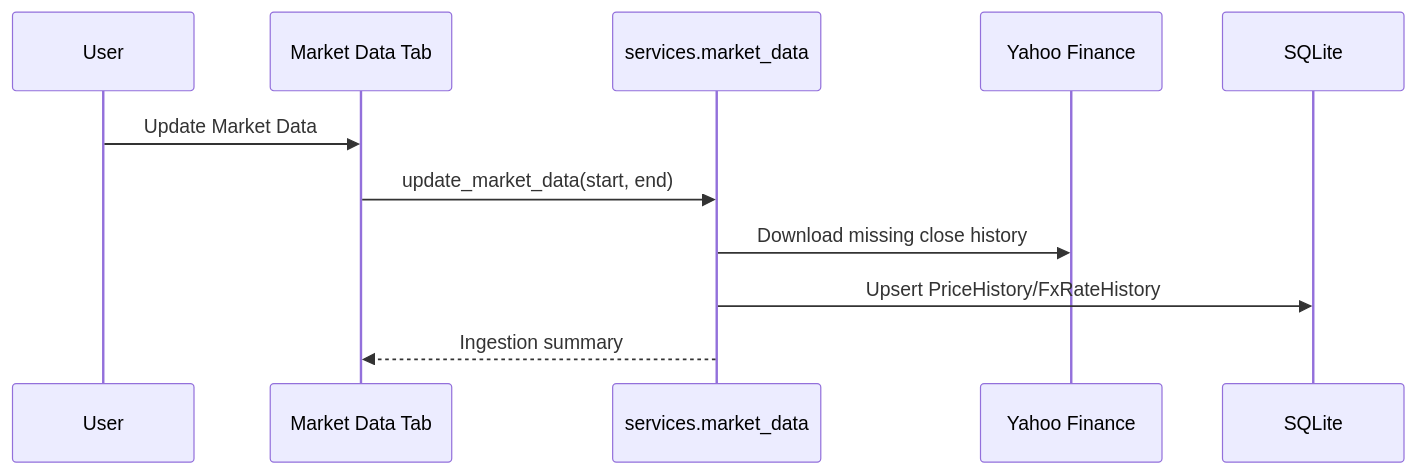
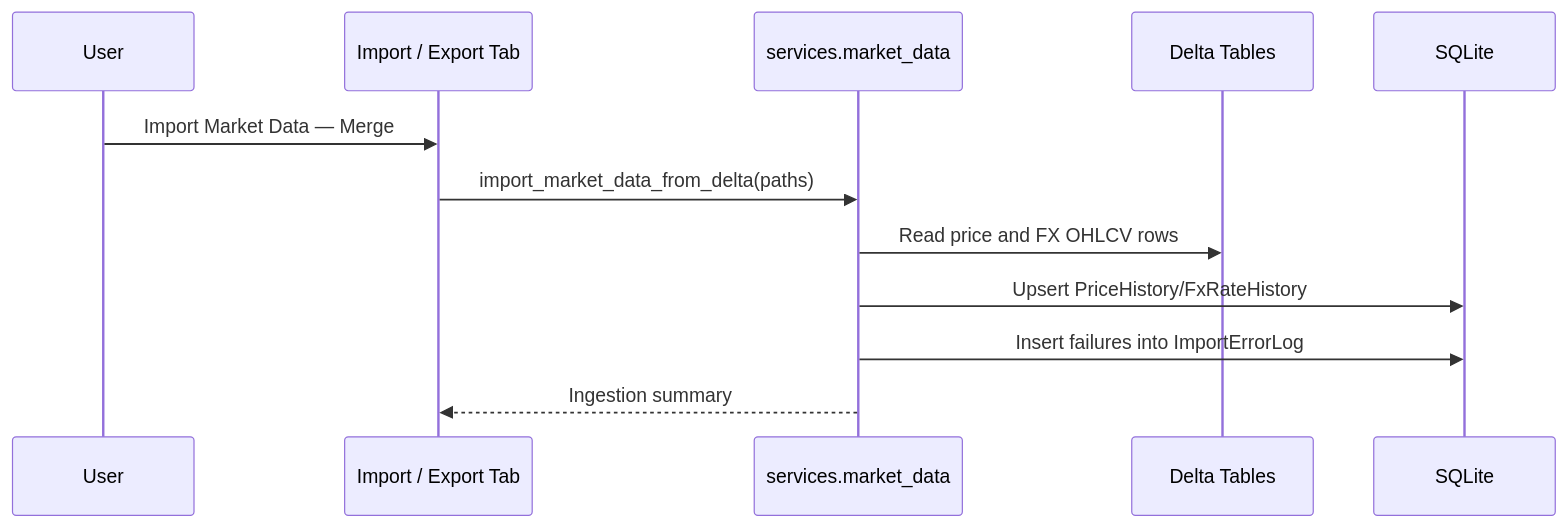
One commit to derruba2000/PortfolioTracker changed the fourth of 5 diagrams in doc/architecture.md. Above: the diagram before and after it, drawn with Mermaid. The commit also changed other lines of this file and 18 other files, not shown here.

First line of the commit message:
Implement import error logging and enhance market data import functionality

````diff
--- a/doc/architecture.md
+++ b/doc/architecture.md
@@ -280,14 +297,15 @@
 ```mermaid
 sequenceDiagram
     participant User
-    participant UI as Market Data Tab
+    participant UI as Import / Export Tab
     participant Md as services.market_data
-    participant Yahoo as Yahoo Finance
+    participant Delta as Delta Tables
     participant DB as SQLite
 
-    User->>UI: Update Market Data
-    UI->>Md: update_market_data(start, end)
-    Md->>Yahoo: Download missing close history
+    User->>UI: Import Market Data — Merge
+    UI->>Md: import_market_data_from_delta(paths)
+    Md->>Delta: Read price and FX OHLCV rows
     Md->>DB: Upsert PriceHistory/FxRateHistory
+    Md->>DB: Insert failures into ImportErrorLog
     Md-->>UI: Ingestion summary
 ```
````
